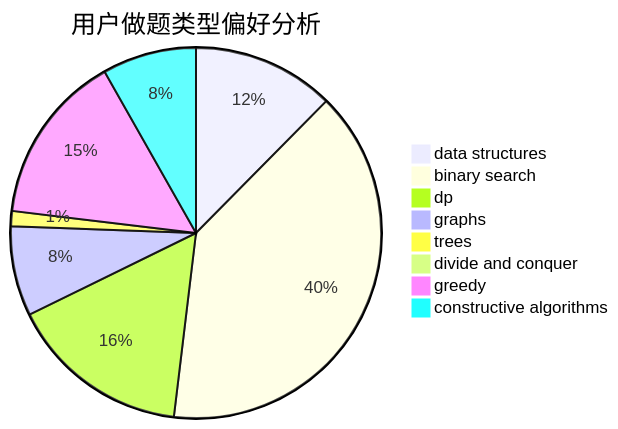
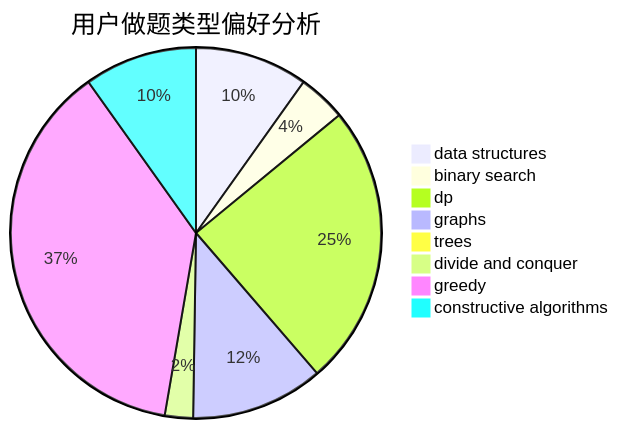
The second of 3 diagrams in docs/user/u1582.md (sherpahu/cfrs.github.io), drawn with Mermaid before and after one commit. The commit also changed other lines of this file and 2770 other files, not shown here.

````diff
--- a/docs/user/u1582.md
+++ b/docs/user/u1582.md
@@ -23,11 +23,11 @@
 ```mermaid
 pie title 用户做题类型偏好分析
-    "data structures" :  65
-    "binary search" :  207
-    "dp" :  83
-    "graphs" :  41
-    "trees" :  7
-    "divide and conquer" :  0
-    "greedy" :  78
-    "constructive algorithms" :  43
+    "data structures" :  40
+    "binary search" :  17
+    "dp" :  100
+    "graphs" :  47
+    "trees" :  0
+    "divide and conquer" :  10
+    "greedy" :  152
+    "constructive algorithms" :  40
 ```
````
